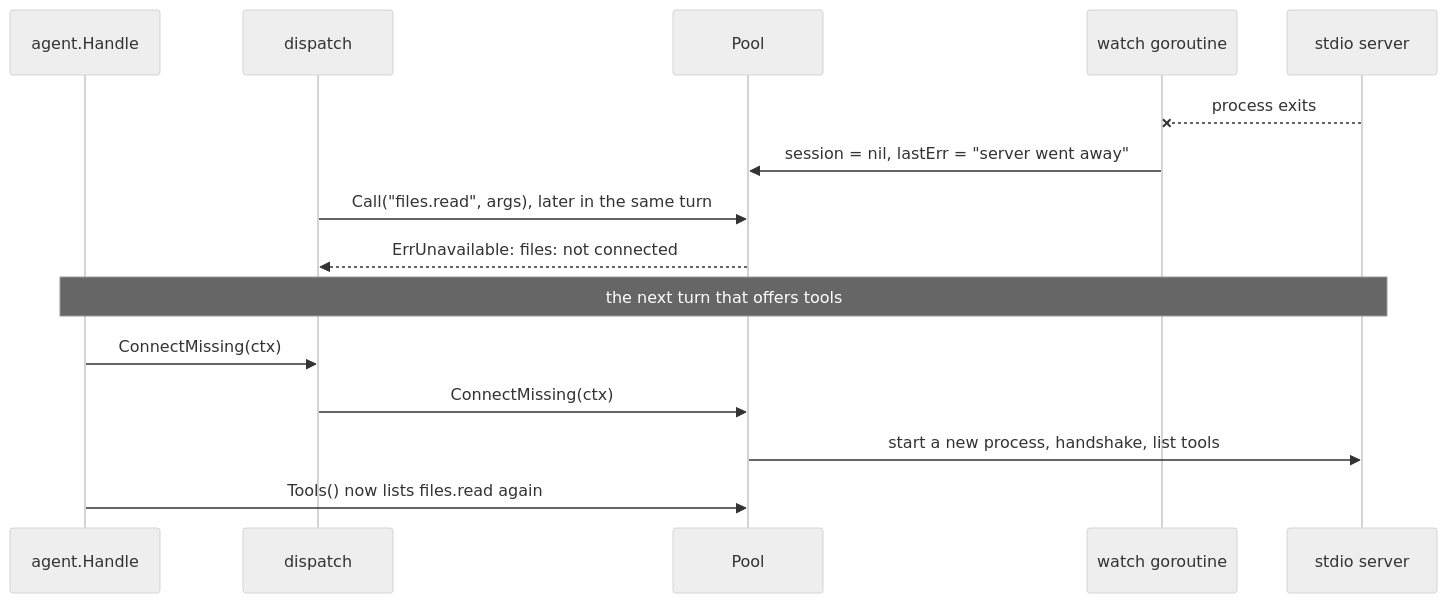
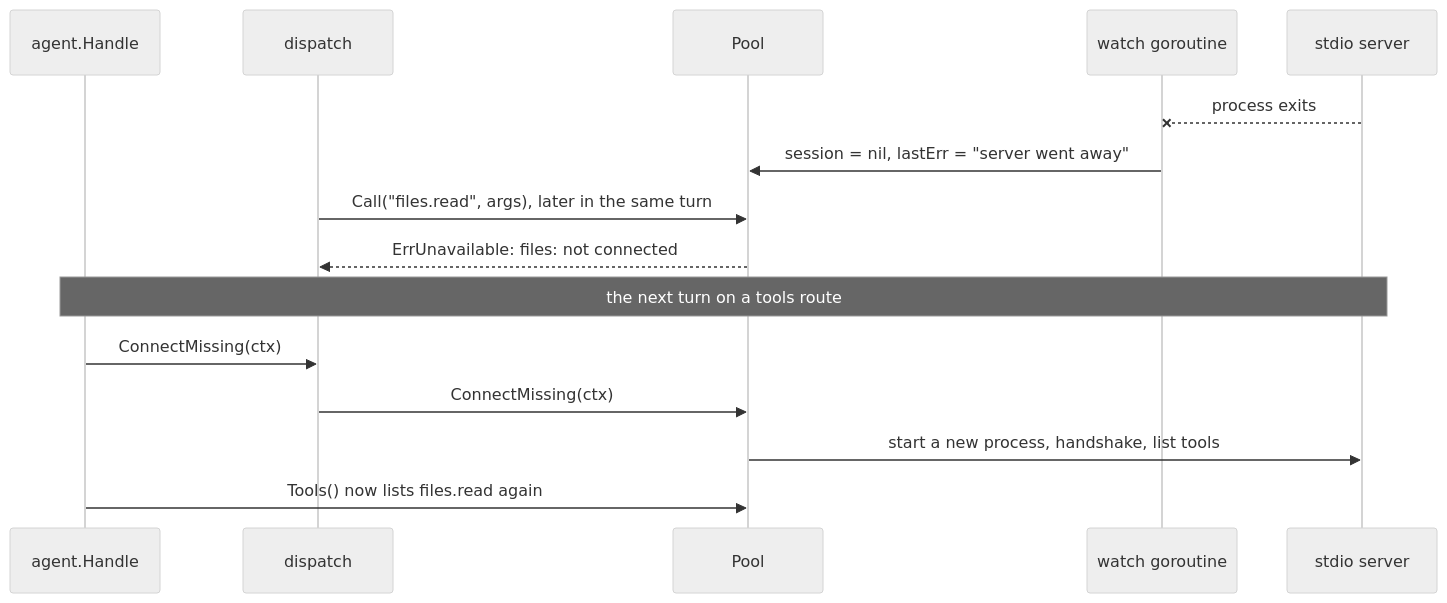
One commit to aarora79/meru changed the second of 2 diagrams in docs/coding-notes/mcp.md. Above: the diagram before and after it, drawn with Mermaid (neutral theme). The commit also changed other lines of this file and 11 other files, not shown here.

````diff
--- a/docs/coding-notes/mcp.md
+++ b/docs/coding-notes/mcp.md
@@ -69,17 +69,17 @@
 ```mermaid
 sequenceDiagram
     participant A as agent.Handle
     participant D as dispatch
     participant P as Pool
     participant W as watch goroutine
     participant S as stdio server
     S--xW: process exits
     W->>P: session = nil, lastErr = "server went away"
     D->>P: Call("files.read", args), later in the same turn
     P-->>D: ErrUnavailable: files: not connected
-    Note over A,S: the next turn that offers tools
+    Note over A,S: the next turn on a tools route
     A->>D: ConnectMissing(ctx)
     D->>P: ConnectMissing(ctx)
     P->>S: start a new process, handshake, list tools
     A->>P: Tools() now lists files.read again
 ```
````
